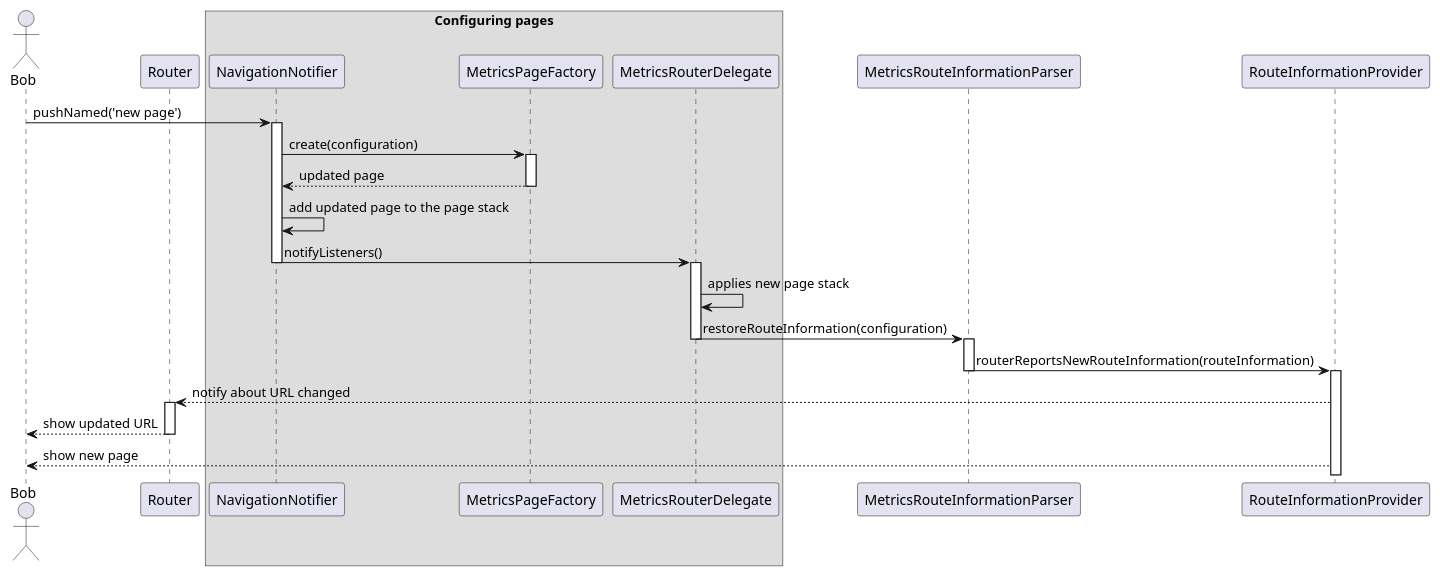
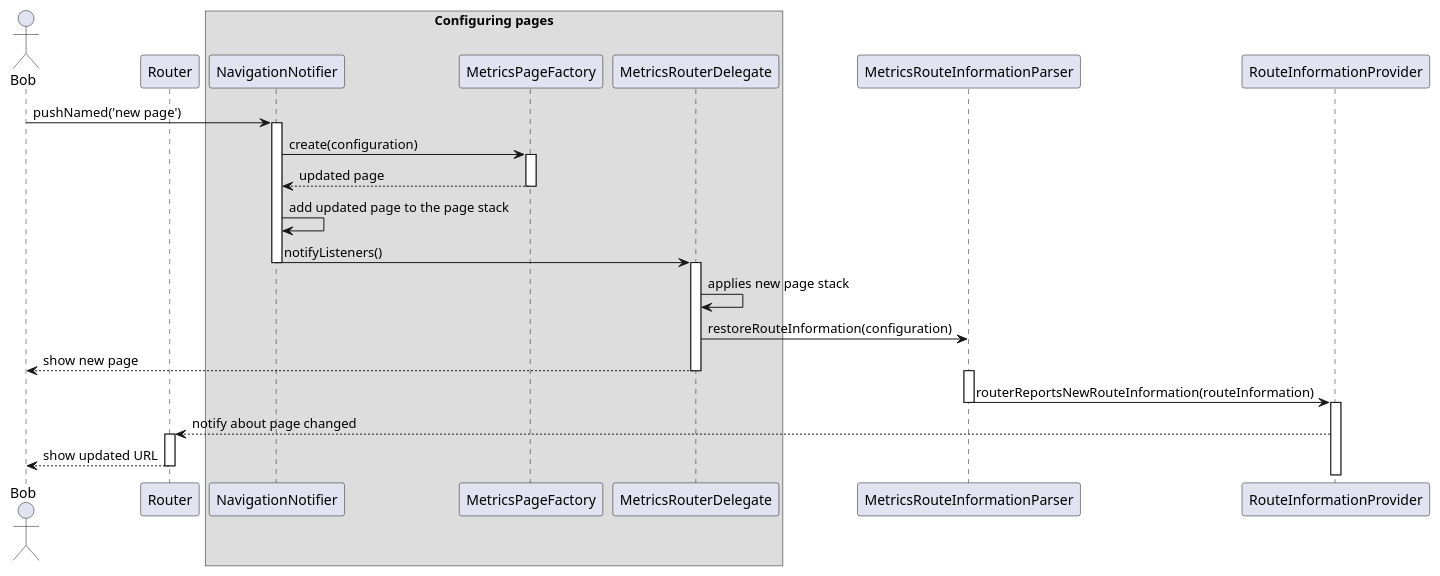
One commit to Flank/flank-dashboard changed the diagram in metrics/web/docs/features/navigation/diagrams/internal_navigation_sequence_diagram.puml. Above: the diagram before and after it, drawn with PlantUML.

Commit message:
Update internal navigation diagram

```diff
--- a/metrics/web/docs/features/navigation/diagrams/internal_navigation_sequence_diagram.puml
+++ b/metrics/web/docs/features/navigation/diagrams/internal_navigation_sequence_diagram.puml
@@ -1,48 +1,47 @@
 @startuml internal_navigation_sequence_diagram
 
 actor Bob
 
 participant Router
 
 box Configuring pages
 participant NavigationNotifier
 participant MetricsPageFactory
 participant MetricsRouterDelegate
 endbox
 
 participant MetricsRouteInformationParser
 
 participant RouteInformationProvider
 
 Bob -> NavigationNotifier : pushNamed('new page')
 activate NavigationNotifier
 
 NavigationNotifier -> MetricsPageFactory : create(configuration)
 activate MetricsPageFactory
 
 return updated page
 
 NavigationNotifier -> NavigationNotifier : add updated page to the page stack
 
 NavigationNotifier -> MetricsRouterDelegate : notifyListeners()
 deactivate NavigationNotifier
 activate MetricsRouterDelegate
 
 MetricsRouterDelegate -> MetricsRouterDelegate: applies new page stack
 
 MetricsRouterDelegate -> MetricsRouteInformationParser : restoreRouteInformation(configuration)
+MetricsRouterDelegate --> Bob : show new page
 deactivate MetricsRouterDelegate
 activate MetricsRouteInformationParser
 
 MetricsRouteInformationParser -> RouteInformationProvider : routerReportsNewRouteInformation(routeInformation)
 deactivate MetricsRouteInformationParser
 activate RouteInformationProvider
 
-RouteInformationProvider --> Router : notify about URL changed
+RouteInformationProvider --> Router : notify about page changed
 activate Router
 
 Router --> Bob : show updated URL
 deactivate Router
-
-RouteInformationProvider --> Bob : show new page
 @enduml
```
